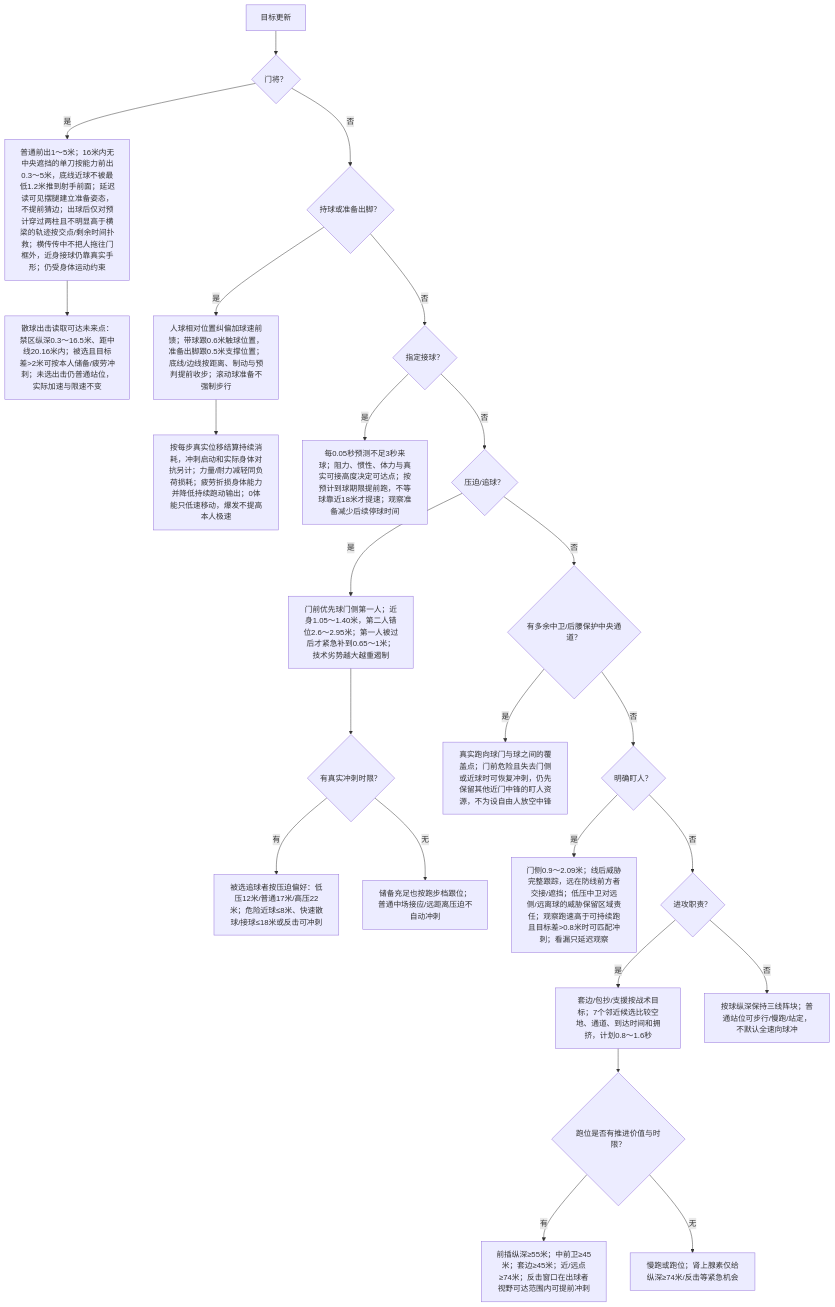
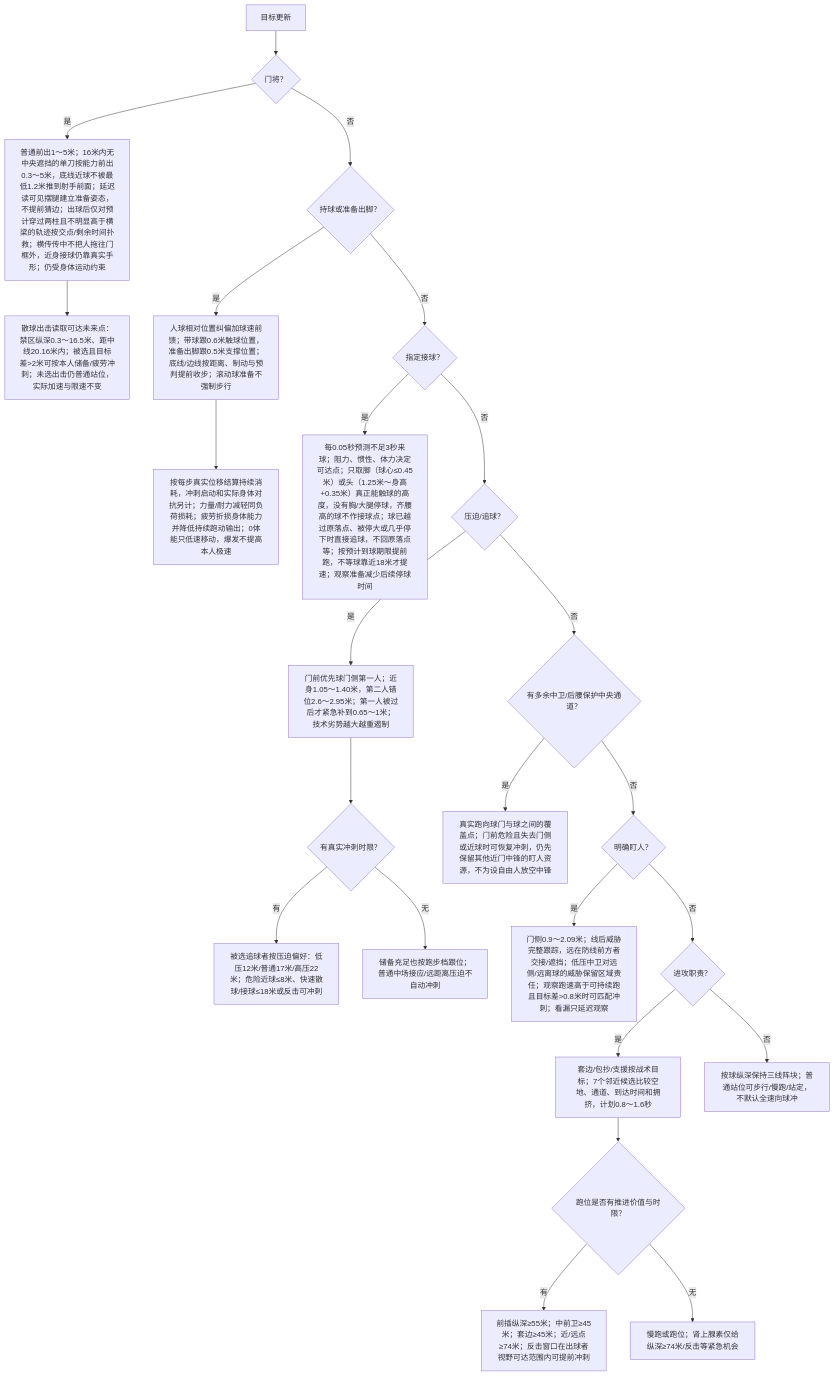
One commit to sixu3575/touchline-manager changed the third of 7 diagrams in packages/shared/modules/matches/design/PLAYER_DECISION_MAP.md. Above: the diagram before and after it, drawn with Mermaid. The commit also changed other lines of this file and 8 other files, not shown here.

````diff
--- a/packages/shared/modules/matches/design/PLAYER_DECISION_MAP.md
+++ b/packages/shared/modules/matches/design/PLAYER_DECISION_MAP.md
@@ -98,26 +98,26 @@
 ```mermaid
 flowchart TD
   P0["目标更新"] --> P1{"门将？"}
   P1 -->|是| PK["普通前出1～5米；16米内无中央遮挡的单刀按能力前出0.3～5米，底线近球不被最低1.2米推到射手前面；延迟读可见摆腿建立准备姿态，不提前猜边；出球后仅对预计穿过两柱且不明显高于横梁的轨迹按交点/剩余时间扑救；横传传中不把人拖往门框外，近身接球仍靠真实手形；仍受身体运动约束"]
   PK --> PKS["散球出击读取可达未来点：禁区纵深0.3～16.5米、距中线20.16米内；被选且目标差>2米可按本人储备/疲劳冲刺；未选出击仍普通站位，实际加速与限速不变"]
   P1 -->|否| P2{"持球或准备出脚？"}
   P2 -->|是| PM["人球相对位置纠偏加球速前馈；带球跟0.6米触球位置，准备出脚跟0.5米支撑位置；底线/边线按距离、制动与预判提前收步；滚动球准备不强制步行"]
   PM --> PA["按每步真实位移结算持续消耗，冲刺启动和实际身体对抗另计；力量/耐力减轻同负荷损耗；疲劳折损身体能力并降低持续跑动输出；0体能只低速移动，爆发不提高本人极速"]
   P2 -->|否| P3{"指定接球？"}
-  P3 -->|是| PR["每0.05秒预测不足3秒来球；阻力、惯性、体力与真实可接高度决定可达点；按预计到球期限提前跑，不等球靠近18米才提速；观察准备减少后续停球时间"]
+  P3 -->|是| PR["每0.05秒预测不足3秒来球；阻力、惯性、体力决定可达点；只取脚（球心≤0.45米）或头（1.25米～身高+0.35米）真正能触球的高度，没有胸/大腿停球，齐腰高的球不作接球点；球已越过原落点、被停大或几乎停下时直接追球，不回原落点等；按预计到球期限提前跑，不等球靠近18米才提速；观察准备减少后续停球时间"]
   P3 -->|否| P4{"压迫/追球？"}
   P4 -->|是| PP["门前优先球门侧第一人；近身1.05～1.40米，第二人错位2.6～2.95米；第一人被过后才紧急补到0.65～1米；技术劣势越大越重遏制"]
   PP --> PX{"有真实冲刺时限？"}
   PX -->|有| PB["被选追球者按压迫偏好：低压12米/普通17米/高压22米；危险近球≤8米、快速散球/接球≤18米或反击可冲刺"]
   PX -->|无| PJ["储备充足也按跑步档跟位；普通中场接应/远距离压迫不自动冲刺"]
   P4 -->|否| PC{"有多余中卫/后腰保护中央通道？"}
   PC -->|是| PG["真实跑向球门与球之间的覆盖点；门前危险且失去门侧或近球时可恢复冲刺，仍先保留其他近门中锋的盯人资源，不为设自由人放空中锋"]
   PC -->|否| P5{"明确盯人？"}
   P5 -->|是| PD["门侧0.9～2.09米；线后威胁完整跟踪，远在防线前方者交接/遮挡；低压中卫对远侧/远离球的威胁保留区域责任；观察跑速高于可持续跑且目标差>0.8米时可匹配冲刺；看漏只延迟观察"]
   P5 -->|否| P6{"进攻职责？"}
   P6 -->|是| PS["套边/包抄/支援按战术目标；7个邻近候选比较空地、通道、到达时间和拥挤，计划0.8～1.6秒"]
   PS --> PX2{"跑位是否有推进价值与时限？"}
   PX2 -->|有| PB2["前插纵深≥55米；中前卫≥45米；套边≥45米；近/远点≥74米；反击窗口在出球者视野可达范围内可提前冲刺"]
   PX2 -->|无| PJ2["慢跑或跑位；肾上腺素仅给纵深≥74米/反击等紧急机会"]
   P6 -->|否| PO["按球纵深保持三线阵块；普通站位可步行/慢跑/站定，不默认全速向球冲"]
 ```
````
